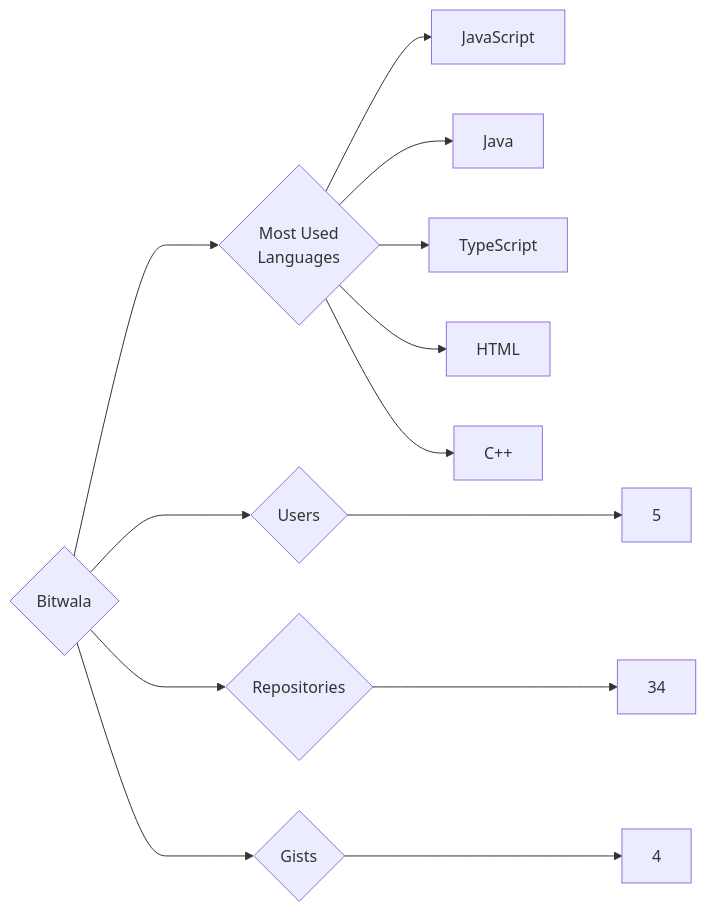
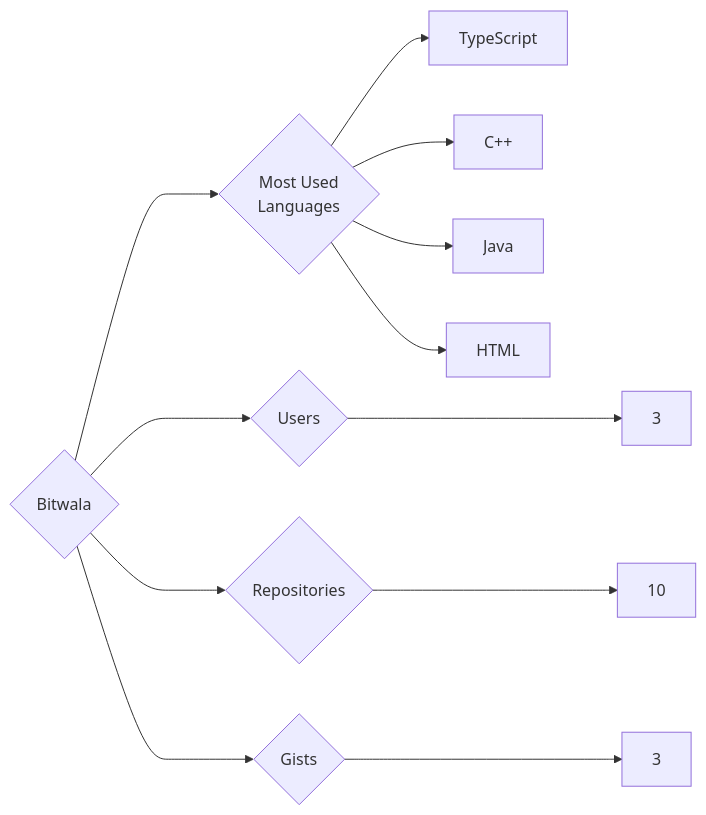
One commit to trickest/insiders changed the diagram in targets/Bitwala/README.md. Above: the diagram before and after it, drawn with Mermaid. The commit also changed 1212 other files, not shown here.

````diff
--- a/targets/Bitwala/README.md
+++ b/targets/Bitwala/README.md
@@ -3,13 +3,12 @@
 ```mermaid
 graph LR
 COMPANY_NAME{Bitwala}
-COMPANY_NAME ---> U{Users} ---> UN[5]
-COMPANY_NAME ---> R{Repositories} ---> RN[34]
-COMPANY_NAME ---> G{Gists} ---> GN[4]
+COMPANY_NAME ---> U{Users} ---> UN[3]
+COMPANY_NAME ---> R{Repositories} ---> RN[10]
+COMPANY_NAME ---> G{Gists} ---> GN[3]
 COMPANY_NAME ---> ML{Most Used<br>Languages}
-ML --> JavaScript[JavaScript]
+ML --> TypeScript[TypeScript]
+ML --> C++[C++]
 ML --> Java[Java]
-ML --> TypeScript[TypeScript]
 ML --> HTML[HTML]
-ML --> C++[C++]
 ```
````
